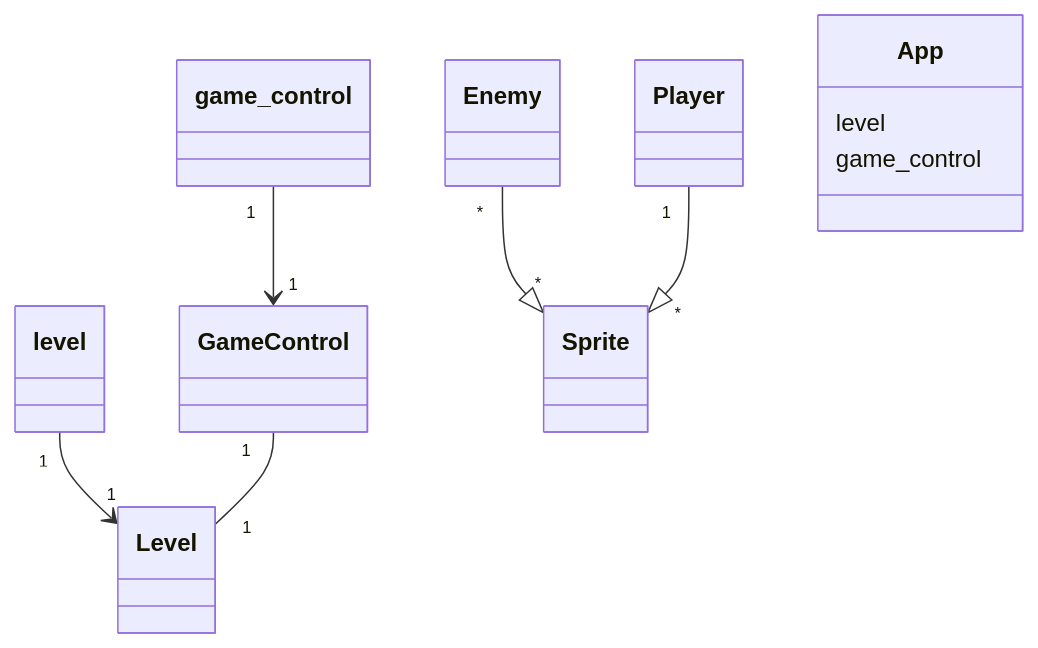
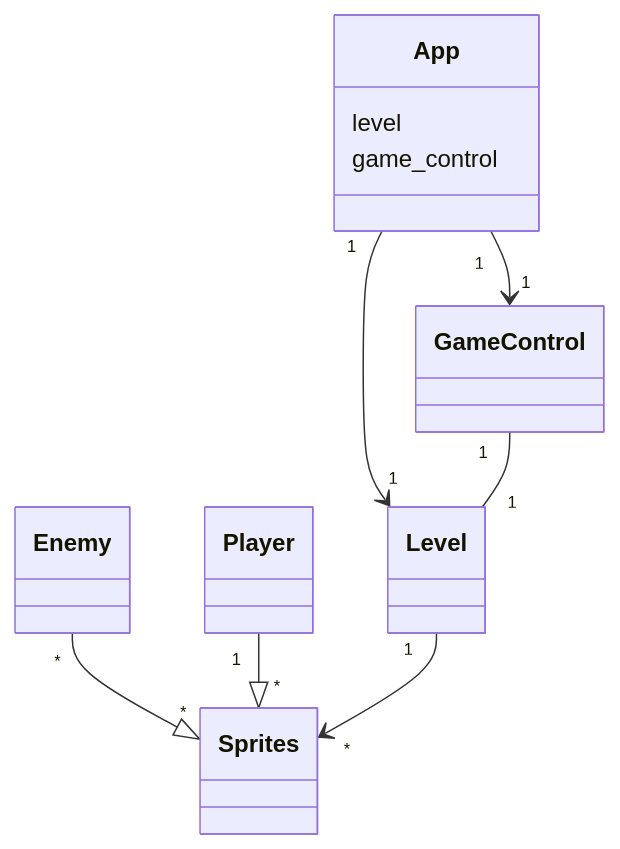
Before and after one commit to erz64/ot-harjoitustyo: the diagram in dokumentaatio/arkkitehtuuri.md, drawn with Mermaid.

````diff
--- a/dokumentaatio/arkkitehtuuri.md
+++ b/dokumentaatio/arkkitehtuuri.md
@@ -1,27 +1,28 @@
 ```mermaid
     classDiagram
-        game_control "1" --> "1" GameControl
-        level "1" --> "1" Level
+        App "1" --> "1" GameControl
+        App "1" --> "1" Level
         GameControl "1" -- "1" Level
-        Enemy "*" --|> "*" Sprite
-        Player "1" --|> "*" Sprite
+        Enemy "*" --|> "*" Sprites
+        Player "1" --|> "*" Sprites
+        Level "1" --> "*" Sprites
         class App{
             level
             game_control
         }
         class GameControl{
 
         }
         class Level{
 
         }
-        class Sprite{
+        class Sprites{
 
         }
         class Enemy{
 
         }
         class Player{
             
         }
 ```
````
